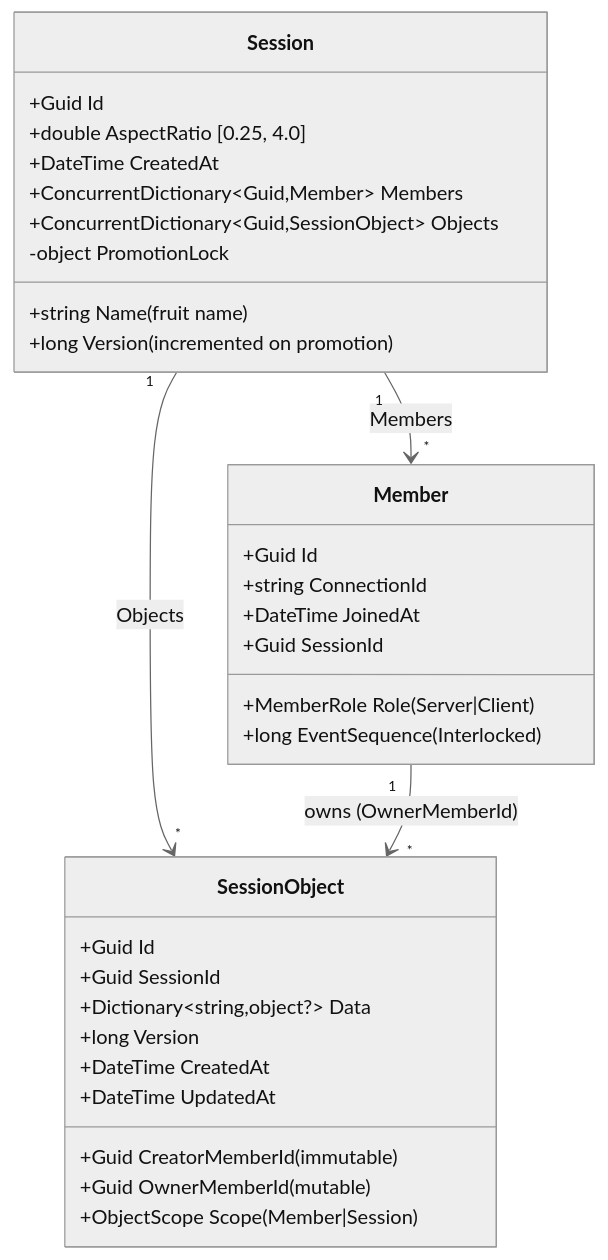
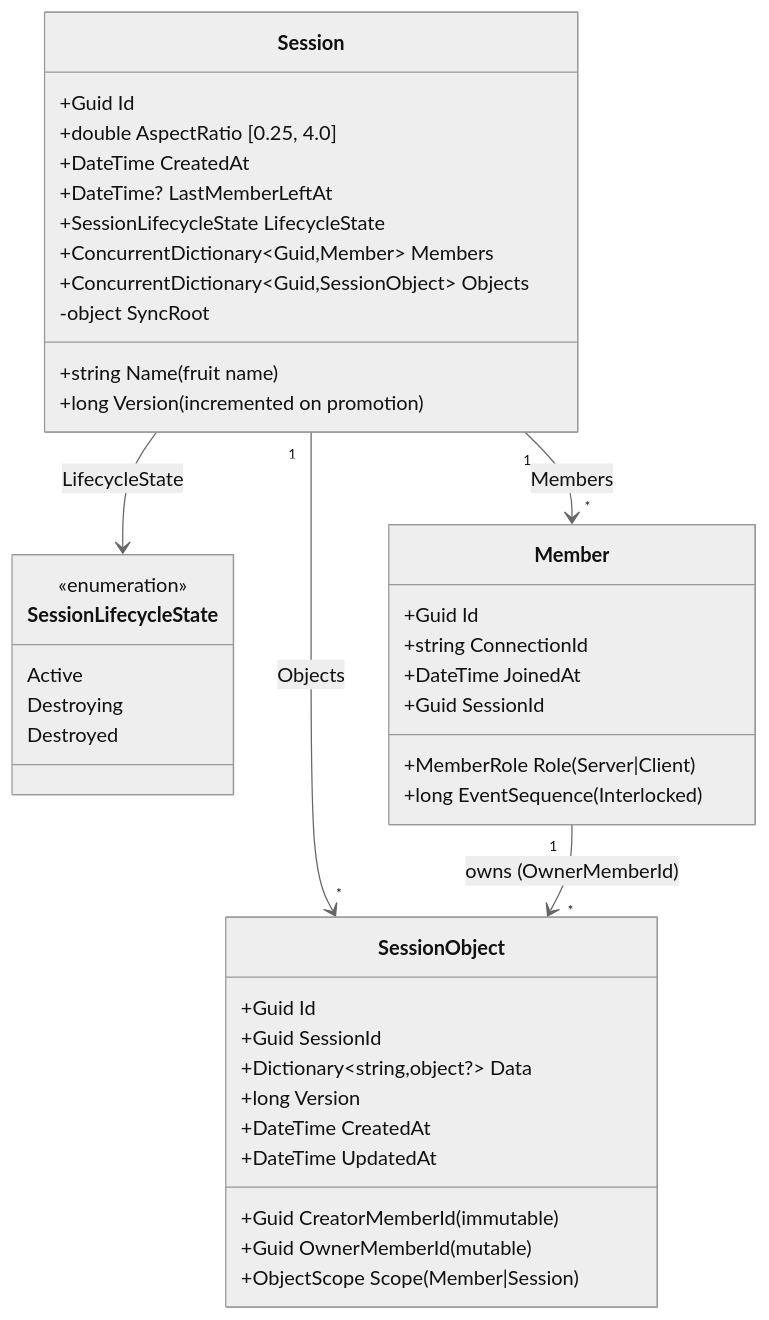
Before and after one commit to badvoidstar/asteroids: the second of 32 diagrams in ARCHITECTURE.md, drawn with Mermaid (neutral theme). The commit also changed other lines of this file, not shown here.

First line of the commit message:
docs: update ARCHITECTURE.md to reflect current codebase state

````diff
--- a/ARCHITECTURE.md
+++ b/ARCHITECTURE.md
@@ -34,38 +34,48 @@
 ```mermaid
 classDiagram
     class Session {
         +Guid Id
         +string Name (fruit name)
         +double AspectRatio [0.25, 4.0]
         +long Version (incremented on promotion)
         +DateTime CreatedAt
+        +DateTime? LastMemberLeftAt
+        +SessionLifecycleState LifecycleState
         +ConcurrentDictionary~Guid,Member~ Members
         +ConcurrentDictionary~Guid,SessionObject~ Objects
-        -object PromotionLock
+        -object SyncRoot
+    }
+
+    class SessionLifecycleState {
+        <<enumeration>>
+        Active
+        Destroying
+        Destroyed
     }
 
     class Member {
         +Guid Id
         +string ConnectionId
         +MemberRole Role (Server|Client)
         +DateTime JoinedAt
         +Guid SessionId
         +long EventSequence (Interlocked)
     }
 
     class SessionObject {
         +Guid Id
         +Guid SessionId
         +Guid CreatorMemberId (immutable)
         +Guid OwnerMemberId (mutable)
         +ObjectScope Scope (Member|Session)
         +Dictionary~string,object?~ Data
         +long Version
         +DateTime CreatedAt
         +DateTime UpdatedAt
     }
 
     Session "1" --> "*" Member : Members
     Session "1" --> "*" SessionObject : Objects
     Member "1" --> "*" SessionObject : owns (OwnerMemberId)
+    Session --> SessionLifecycleState : LifecycleState
 ```
````
